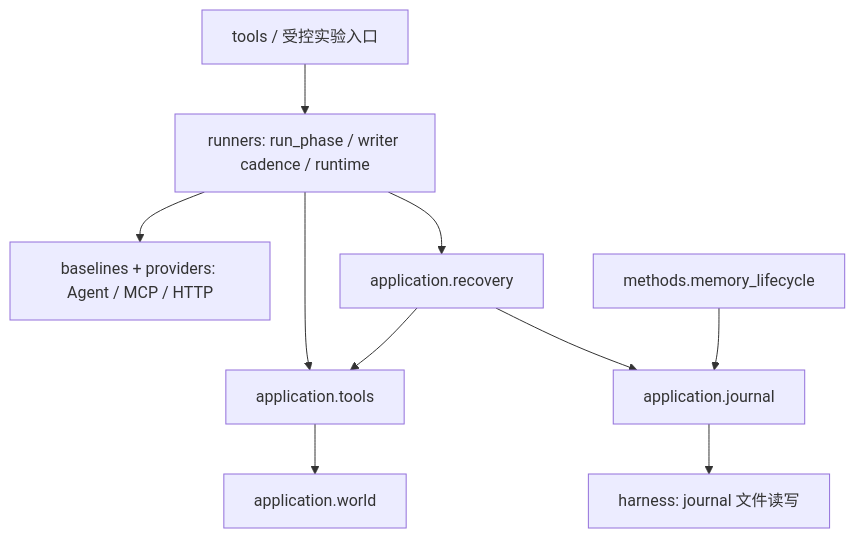
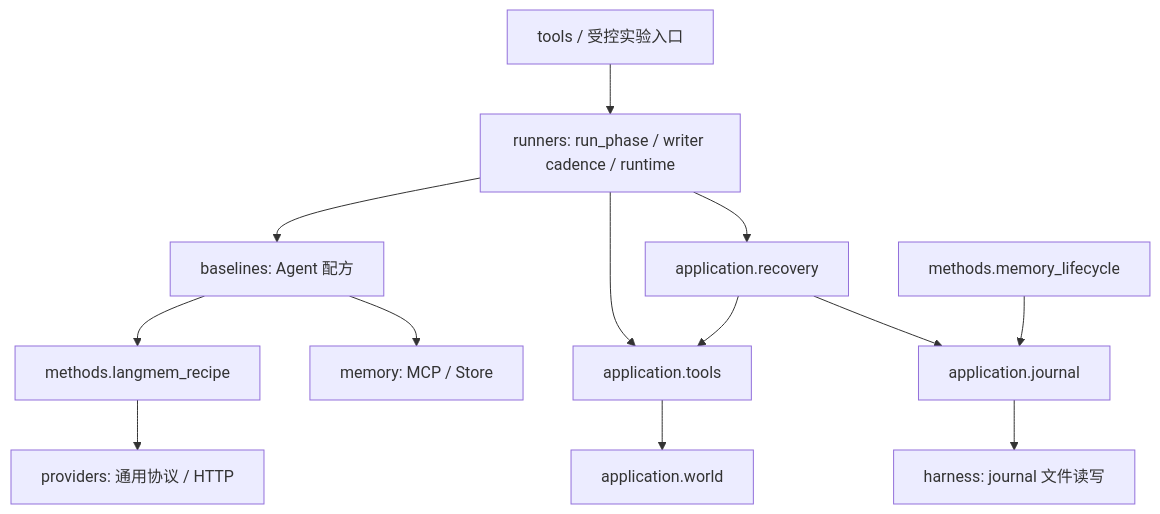
One commit to minguselandy/MiLAi changed the diagram in MiLAi-Lab/docs/LAB_ARCHITECTURE.md. Above: the diagram before and after it, drawn with Mermaid. The commit also changed other lines of this file and 61 other files, not shown here.

````diff
--- a/MiLAi-Lab/docs/LAB_ARCHITECTURE.md
+++ b/MiLAi-Lab/docs/LAB_ARCHITECTURE.md
@@ -48,12 +54,15 @@
 ```mermaid
 flowchart TD
     CLI[tools / 受控实验入口] --> RUN[runners: run_phase / writer cadence / runtime]
-    RUN --> HOST[baselines + providers: Agent / MCP / HTTP]
+    RUN --> HOST[baselines: Agent 配方]
+    HOST --> RECIPE[methods.langmem_recipe]
+    RECIPE --> PROVIDER[providers: 通用协议 / HTTP]
+    HOST --> MEMORY[memory: MCP / Store]
     RUN --> REC[application.recovery]
     RUN --> TOOLS[application.tools]
     REC --> TOOLS
     REC --> JOURNAL[application.journal]
     TOOLS --> WORLD[application.world]
     METHOD[methods.memory_lifecycle] --> JOURNAL
     JOURNAL --> ART[harness: journal 文件读写]
 ```
````
